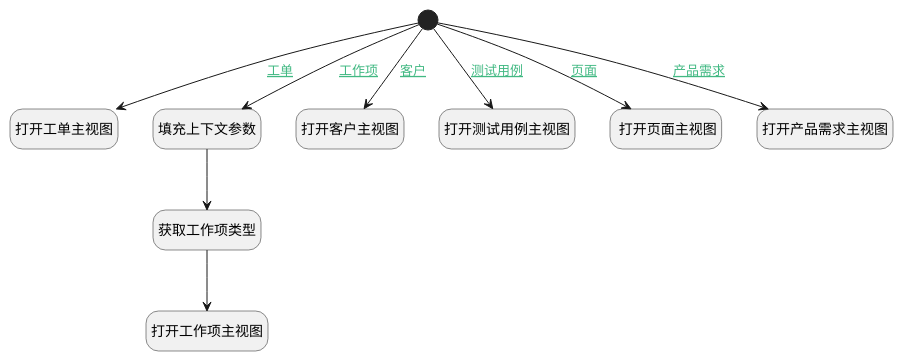
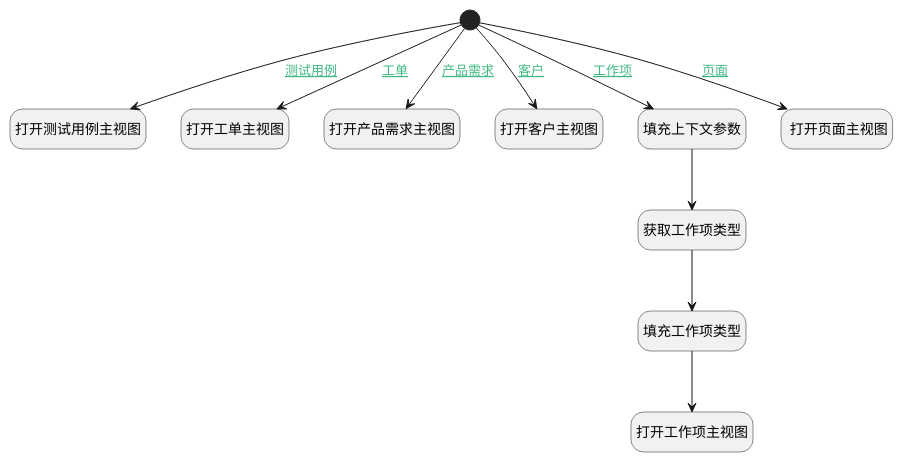
Before and after one commit to iBizLab/plm: the diagram in doc/docsify/module/Base/search_attachment/uilogic/open_main_view.md, drawn with PlantUML. The commit also changed other lines of this file and 1778 other files, not shown here.

````diff
--- a/doc/docsify/module/Base/search_attachment/uilogic/open_main_view.md
+++ b/doc/docsify/module/Base/search_attachment/uilogic/open_main_view.md
@@ -7,33 +7,35 @@
 ```plantuml
 @startuml
 hide footbox
 <style>
 root {
   HyperlinkColor #42b983
 }
 </style>
 
 hide empty description
 state "开始" as Begin <<start>> [[$./open_main_view#begin {开始}]]
+state "打开测试用例主视图" as DEUIACTION2  [[$./open_main_view#deuiaction2 {打开测试用例主视图}]]
 state "打开工作项主视图" as DEUIACTION1  [[$./open_main_view#deuiaction1 {打开工作项主视图}]]
 state "打开工单主视图" as DEUIACTION4  [[$./open_main_view#deuiaction4 {打开工单主视图}]]
+state "获取工作项类型" as DEACTION1  [[$./open_main_view#deaction1 {获取工作项类型}]]
+state "打开产品需求主视图" as DEUIACTION3  [[$./open_main_view#deuiaction3 {打开产品需求主视图}]]
+state "打开客户主视图" as DEUIACTION5  [[$./open_main_view#deuiaction5 {打开客户主视图}]]
+state "填充工作项类型" as PREPAREJSPARAM2  [[$./open_main_view#preparejsparam2 {填充工作项类型}]]
 state "填充上下文参数" as PREPAREJSPARAM1  [[$./open_main_view#preparejsparam1 {填充上下文参数}]]
-state "打开客户主视图" as DEUIACTION5  [[$./open_main_view#deuiaction5 {打开客户主视图}]]
-state "打开测试用例主视图" as DEUIACTION2  [[$./open_main_view#deuiaction2 {打开测试用例主视图}]]
 state " 打开页面主视图" as DEUIACTION6  [[$./open_main_view#deuiaction6 { 打开页面主视图}]]
-state "打开产品需求主视图" as DEUIACTION3  [[$./open_main_view#deuiaction3 {打开产品需求主视图}]]
-state "获取工作项类型" as DEACTION1  [[$./open_main_view#deaction1 {获取工作项类型}]]
 
 
 Begin --> PREPAREJSPARAM1 : [[$./open_main_view#begin-preparejsparam1{工作项} 工作项]]
 PREPAREJSPARAM1 --> DEACTION1
-DEACTION1 --> DEUIACTION1
+DEACTION1 --> PREPAREJSPARAM2
+PREPAREJSPARAM2 --> DEUIACTION1
 Begin --> DEUIACTION2 : [[$./open_main_view#begin-deuiaction2{测试用例} 测试用例]]
 Begin --> DEUIACTION3 : [[$./open_main_view#begin-deuiaction3{产品需求} 产品需求]]
 Begin --> DEUIACTION4 : [[$./open_main_view#begin-deuiaction4{工单} 工单]]
 Begin --> DEUIACTION5 : [[$./open_main_view#begin-deuiaction5{客户} 客户]]
 Begin --> DEUIACTION6 : [[$./open_main_view#begin-deuiaction6{页面} 页面]]
 
 
 @enduml
 ```
````
